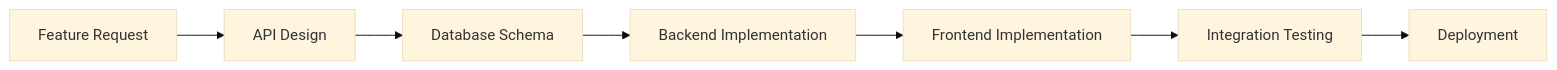
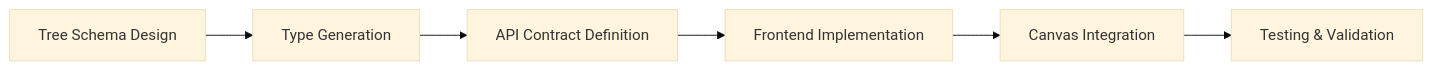
Before and after one commit to catalinviciu/ProductCanvas: the seventh of 9 diagrams in docs/architecture/System_Architecture_Overview.md, drawn with Mermaid (base theme). The commit also changed other lines of this file, not shown here.

First line of the commit message:
Assistant checkpoint: Updated architecture overview with Impact Tree specifics

````diff
--- a/docs/architecture/System_Architecture_Overview.md
+++ b/docs/architecture/System_Architecture_Overview.md
@@ -194,9 +267,8 @@
 ```mermaid
 graph LR
-    A[Feature Request] --> B[API Design]
-    B --> C[Database Schema]
-    C --> D[Backend Implementation]
-    D --> E[Frontend Implementation]
-    E --> F[Integration Testing]
-    F --> G[Deployment]
+    A[Tree Schema Design] --> B[Type Generation]
+    B --> C[API Contract Definition]
+    C --> D[Frontend Implementation]
+    D --> E[Canvas Integration]
+    E --> F[Testing & Validation]
 ```
````
